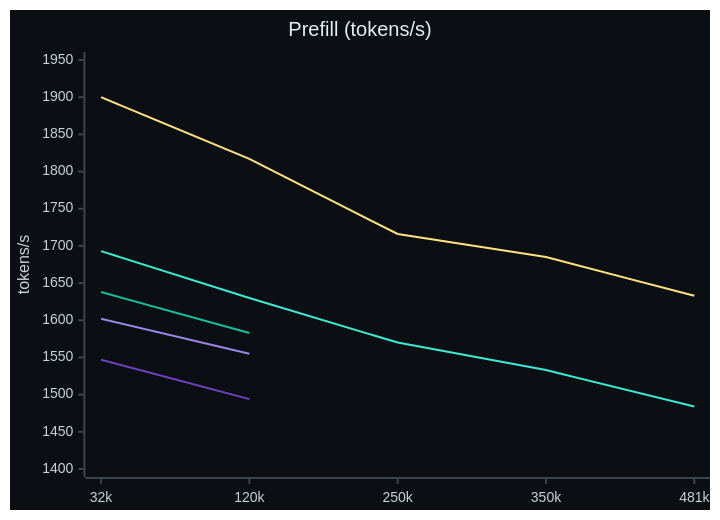
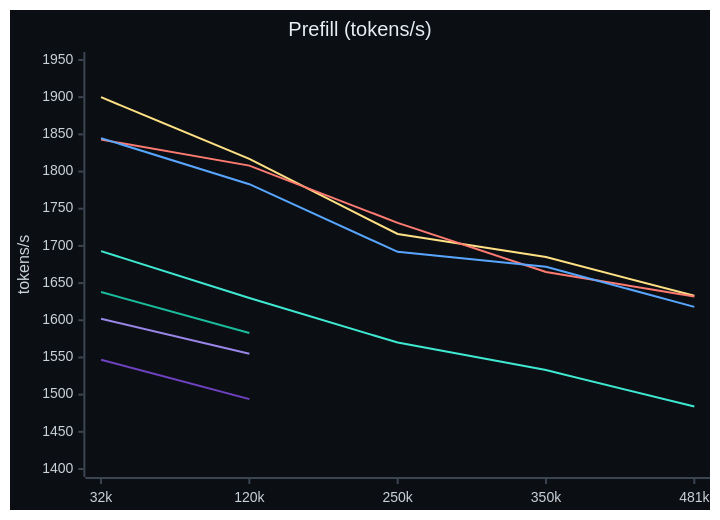
Before and after one commit to zqf20096327/ai_collect: the first of 2 diagrams in data/readmes/shawnshekari__strixite.md, drawn with Mermaid. The commit also changed other lines of this file and 1934 other files, not shown here.

````diff
--- a/data/readmes/shawnshekari__strixite.md
+++ b/data/readmes/shawnshekari__strixite.md
@@ -30,12 +32,14 @@
 ```mermaid
-%%{init: {"theme": "base", "themeVariables": {"xyChart": {"backgroundColor": "#0b0f14", "titleColor": "#e6edf3", "xAxisLabelColor": "#c9d1d9", "yAxisLabelColor": "#c9d1d9", "xAxisTitleColor": "#c9d1d9", "yAxisTitleColor": "#c9d1d9", "xAxisLineColor": "#3b4552", "yAxisLineColor": "#3b4552", "xAxisTickColor": "#3b4552", "yAxisTickColor": "#3b4552", "plotColorPalette": "#6f42c1, #9b87e8, #1abc9c, #3fe8d0, #ffe083"}}}}%%
+%%{init: {"theme": "base", "themeVariables": {"xyChart": {"backgroundColor": "#0b0f14", "titleColor": "#e6edf3", "xAxisLabelColor": "#c9d1d9", "yAxisLabelColor": "#c9d1d9", "xAxisTitleColor": "#c9d1d9", "yAxisTitleColor": "#c9d1d9", "xAxisLineColor": "#3b4552", "yAxisLineColor": "#3b4552", "xAxisTickColor": "#3b4552", "yAxisTickColor": "#3b4552", "plotColorPalette": "#6f42c1, #9b87e8, #1abc9c, #3fe8d0, #ffe083, #ff7b72, #58a6ff"}}}}%%
 xychart-beta
     title "Prefill (tokens/s)"
     x-axis ["32k", "120k", "250k", "350k", "481k"]
     y-axis "tokens/s" 1400 --> 1950
     line [1547, 1494]
     line [1602, 1555]
     line [1638, 1583]
     line [1693, 1630, 1570, 1533, 1484]
     line [1900, 1817, 1716, 1685, 1633]
+    line [1843, 1808, 1731, 1665, 1632]
+    line [1845, 1783, 1692, 1672, 1618]
 ```
````
